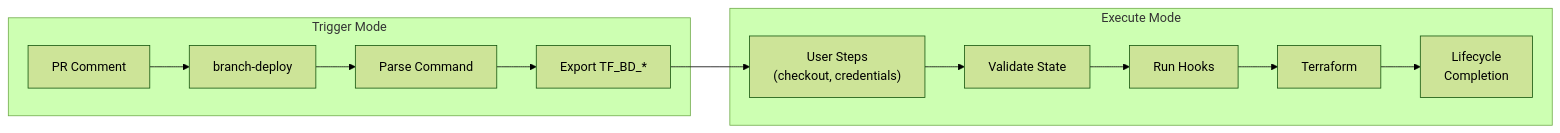
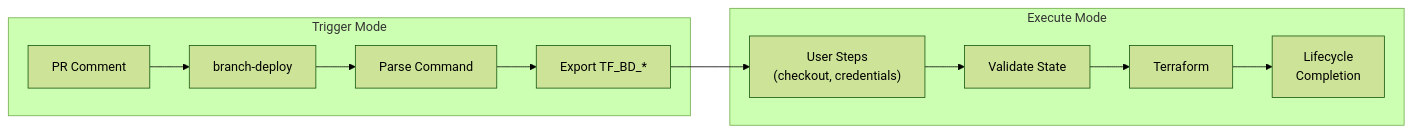
The diagram in README.md (scarowar/terraform-branch-deploy), drawn with Mermaid (forest theme) before and after one commit. The commit also changed other lines of this file and 9 other files, not shown here.

````diff
--- a/README.md
+++ b/README.md
@@ -111,17 +111,16 @@
 ```mermaid
 flowchart LR
     subgraph "Trigger Mode"
         A[PR Comment] --> B[branch-deploy]
         B --> C[Parse Command]
         C --> D[Export TF_BD_*]
     end
     
     D --> E["User Steps<br/>(checkout, credentials)"]
     
     subgraph "Execute Mode"
         E --> F[Validate State]
-        F --> G[Run Hooks]
-        G --> H[Terraform]
-        H --> I[Lifecycle<br/>Completion]
+        F --> G[Terraform]
+        G --> H[Lifecycle<br/>Completion]
     end
 ```
````
